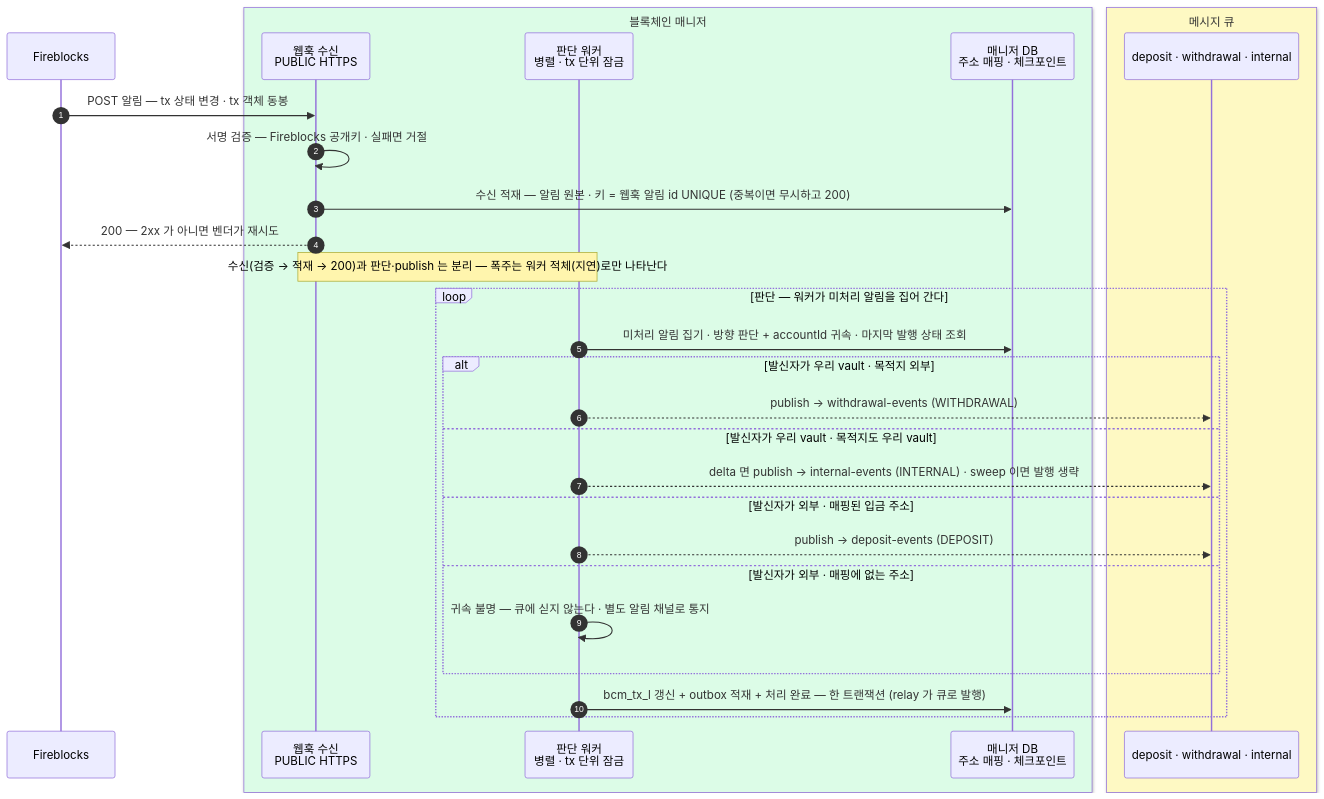
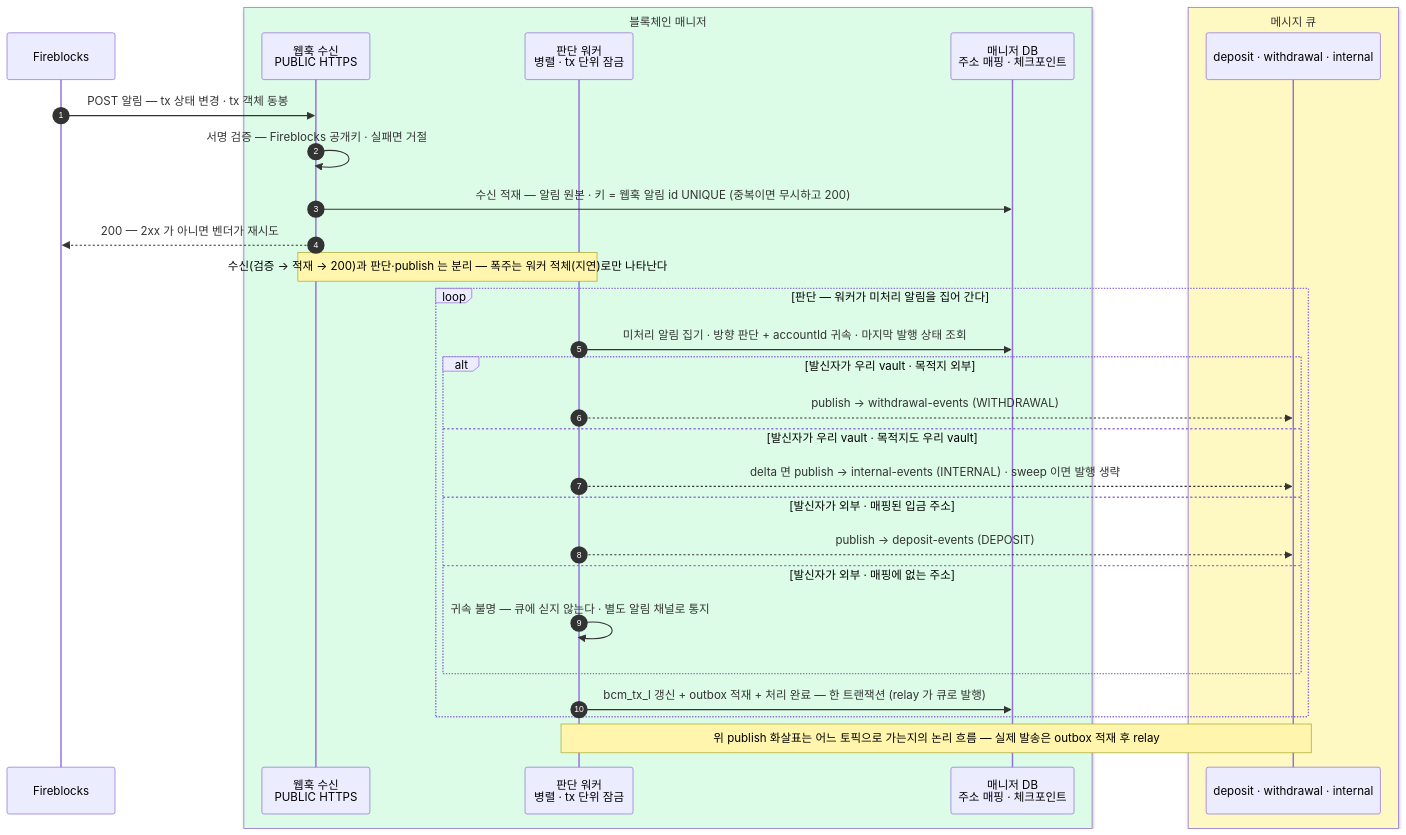
The second of 6 diagrams in blockchain-manager/docs/BC/설계/02-bcm-flow.md (eunsujeo/eunpus), drawn with Mermaid before and after one commit. The commit also changed other lines of this file and 4 other files, not shown here.

````diff
--- a/blockchain-manager/docs/BC/설계/02-bcm-flow.md
+++ b/blockchain-manager/docs/BC/설계/02-bcm-flow.md
@@ -44,33 +44,34 @@
 ```mermaid
 sequenceDiagram
     autonumber
     participant FB as Fireblocks
     box rgb(220,252,231) 블록체인 매니저
     participant WH as 웹훅 수신<br/>PUBLIC HTTPS
     participant WK as 판단 워커<br/>병렬 · tx 단위 잠금
     participant MDB as 매니저 DB<br/>주소 매핑 · 체크포인트
     end
     box rgb(254,249,195) 메시지 큐
     participant MQ as deposit · withdrawal · internal
     end
 
     FB->>WH: POST 알림 — tx 상태 변경 · tx 객체 동봉
     WH->>WH: 서명 검증 — Fireblocks 공개키 · 실패면 거절
     WH->>MDB: 수신 적재 — 알림 원본 · 키 = 웹훅 알림 id UNIQUE (중복이면 무시하고 200)
     WH-->>FB: 200 — 2xx 가 아니면 벤더가 재시도
     Note over WH,WK: 수신(검증 → 적재 → 200)과 판단·publish 는 분리 — 폭주는 워커 적체(지연)로만 나타난다
 
     loop 판단 — 워커가 미처리 알림을 집어 간다
         WK->>MDB: 미처리 알림 집기 · 방향 판단 + accountId 귀속 · 마지막 발행 상태 조회
         alt 발신자가 우리 vault · 목적지 외부
             WK-->>MQ: publish → withdrawal-events (WITHDRAWAL)
         else 발신자가 우리 vault · 목적지도 우리 vault
             WK-->>MQ: delta 면 publish → internal-events (INTERNAL) · sweep 이면 발행 생략
         else 발신자가 외부 · 매핑된 입금 주소
             WK-->>MQ: publish → deposit-events (DEPOSIT)
         else 발신자가 외부 · 매핑에 없는 주소
             WK->>WK: 귀속 불명 — 큐에 싣지 않는다 · 별도 알림 채널로 통지
         end
         WK->>MDB: bcm_tx_l 갱신 + outbox 적재 + 처리 완료 — 한 트랜잭션 (relay 가 큐로 발행)
     end
+    Note over WK,MQ: 위 publish 화살표는 어느 토픽으로 가는지의 논리 흐름 — 실제 발송은 outbox 적재 후 relay
 ```
````
